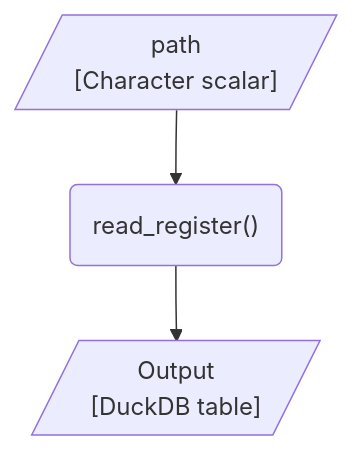
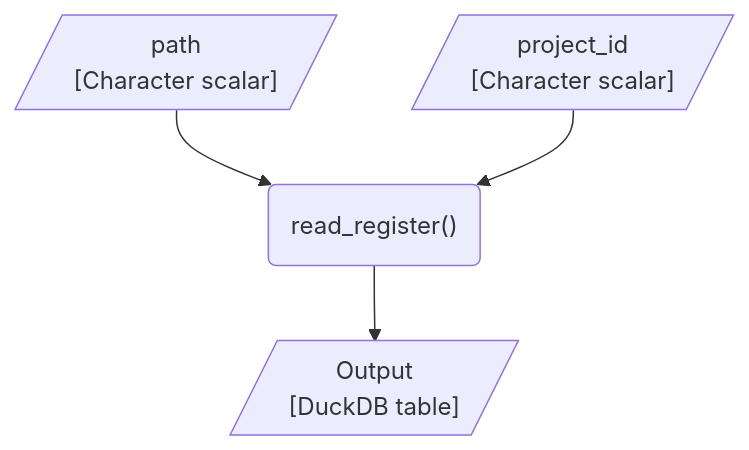
Before and after one commit to dp-next/registers2parquet: the third of 3 diagrams in vignettes/design.qmd, drawn with Mermaid. The commit also changed other lines of this file, not shown here.

Commit message:
docs: :building_construction: add `get_*()` to design

````diff
--- a/vignettes/design.qmd
+++ b/vignettes/design.qmd
@@ -98,13 +100,14 @@
 ```{mermaid}
 %%| label: fig-flow-use
 %%| fig-cap: "Expected workflow for reading a Parquet register as a DuckDB table using `read_register()`."
 %%| fig-alt: "A flowchart showing the expected flow of reading a Parquet register created with the fastreg package."
 flowchart TD
     path[/"path<br>[Character scalar]"/]
+    project_id[/"project_id<br>[Character scalar]"/]
     read_register("read_register()")
     output[/"Output<br>[DuckDB table]"/]
 
     %% Edges
-    path --> read_register --> output
+    path & project_id --> read_register --> output
 
 ```
````
